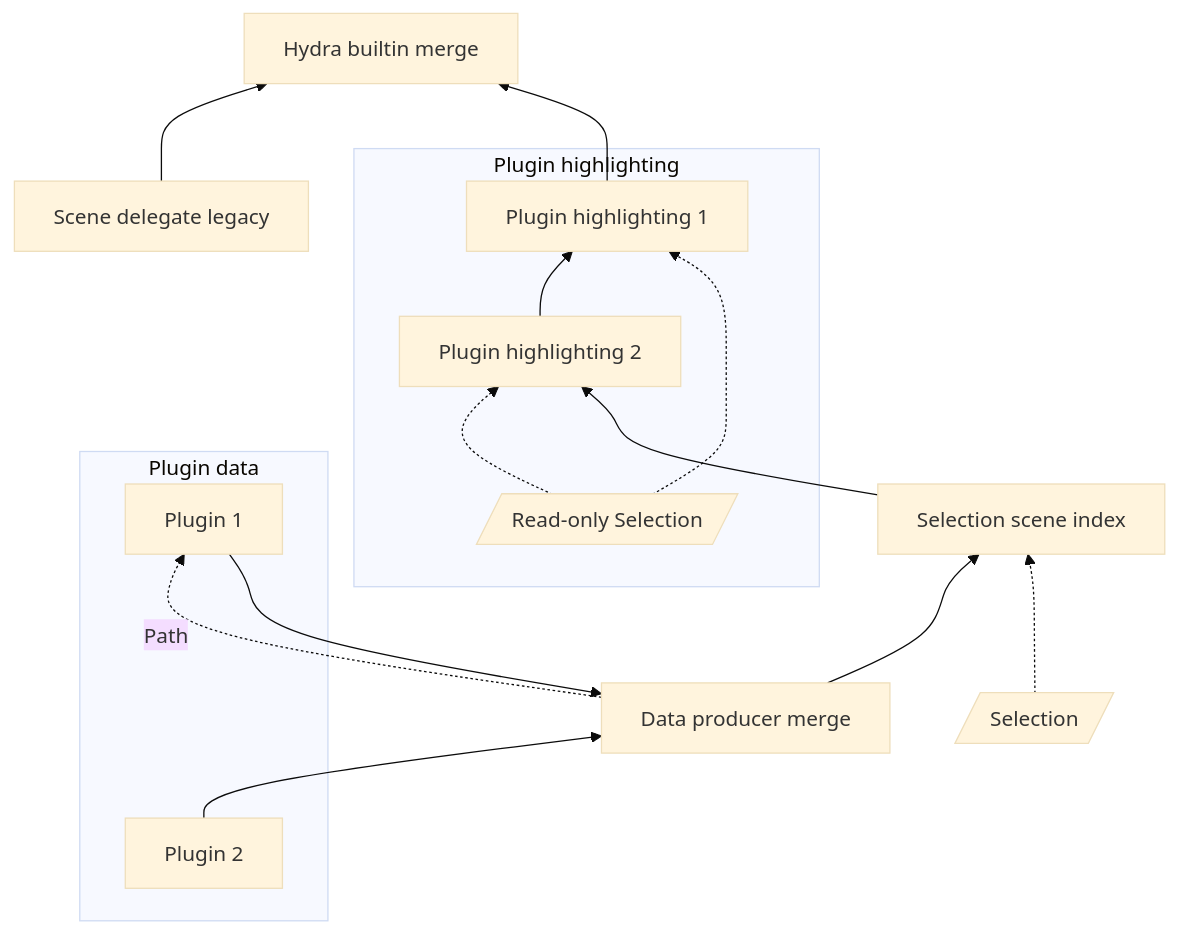
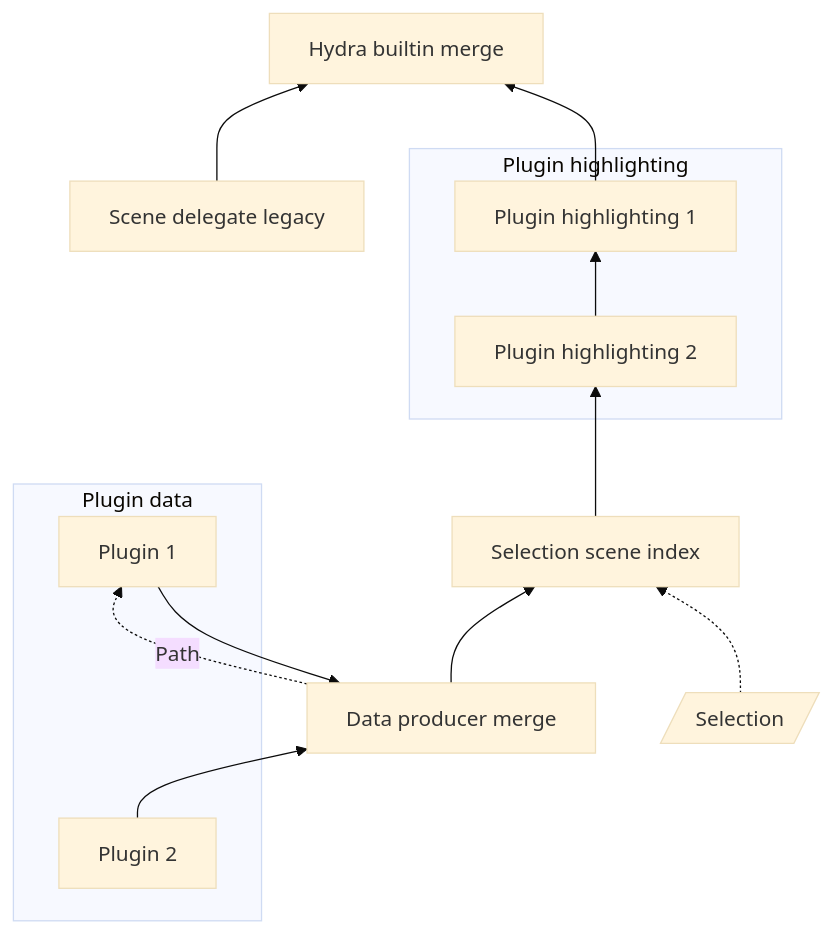
One commit to Autodesk/maya-hydra changed the first of 2 diagrams in doc/selectionHighlightingArchitecture.md. Above: the diagram before and after it, drawn with Mermaid (base theme).

Commit message:
HYDRA-1271 : Further corrections

````diff
--- a/doc/selectionHighlightingArchitecture.md
+++ b/doc/selectionHighlightingArchitecture.md
@@ -166,20 +166,18 @@
 ```mermaid
 graph BT;
     lgcy[Scene delegate legacy]-->hm[Hydra builtin merge];
     ph1[Plugin highlighting 1]-->hm;
     subgraph ph[Plugin highlighting]
         ph2[Plugin highlighting 2]-->ph1;
-        roSn[/Read-only Selection/]-.->ph1;
-        roSn-.->ph2;
     end
     snSi[Selection scene index]-->ph2;
     dpm[Data producer merge]-->snSi;
     subgraph pd[Plugin data]
         p1[Plugin 1];
         p2[Plugin 2];
     end
     dpm-. Path .->p1;
     p1-->dpm;
     p2-->dpm;
     sn[/Selection/]-.->snSi;
 ```
````
